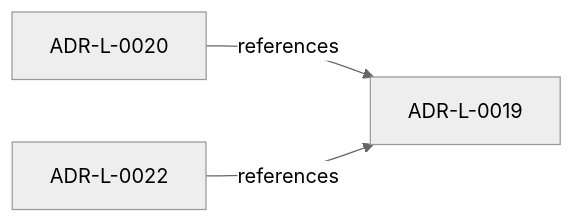
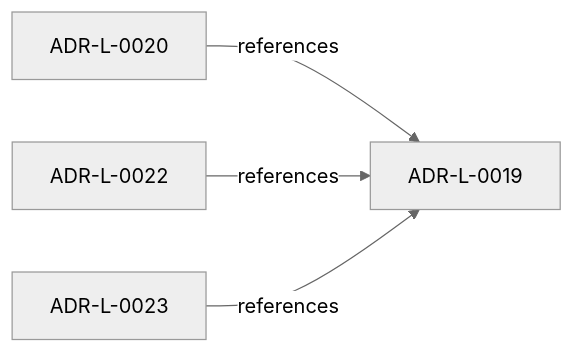
One commit to egallmann/adr-architecture-kit changed the second of 4 diagrams in adrs/adr-projection/logical/ADR-L-0019-canonical-entity-identity.md. Above: the diagram before and after it, drawn with Mermaid (neutral theme). The commit also changed other lines of this file and 86 other files, not shown here.

````diff
--- a/adrs/adr-projection/logical/ADR-L-0019-canonical-entity-identity.md
+++ b/adrs/adr-projection/logical/ADR-L-0019-canonical-entity-identity.md
@@ -133,8 +133,10 @@
 ```mermaid
 flowchart LR
   n_019fee89_e617_78d9_ba3b_b7e3e6db1b12["ADR-L-0019"]
   n_019ffdba_3c42_7c4a_a737_f6751a265d60["ADR-L-0020"]
   n_01a00643_1bfc_788c_911b_83a4725a8de1["ADR-L-0022"]
+  n_01a00644_1bfc_7abc_8aaa_111111111111["ADR-L-0023"]
   n_019ffdba_3c42_7c4a_a737_f6751a265d60 -->|"references"| n_019fee89_e617_78d9_ba3b_b7e3e6db1b12
   n_01a00643_1bfc_788c_911b_83a4725a8de1 -->|"references"| n_019fee89_e617_78d9_ba3b_b7e3e6db1b12
+  n_01a00644_1bfc_7abc_8aaa_111111111111 -->|"references"| n_019fee89_e617_78d9_ba3b_b7e3e6db1b12
 ```
````
